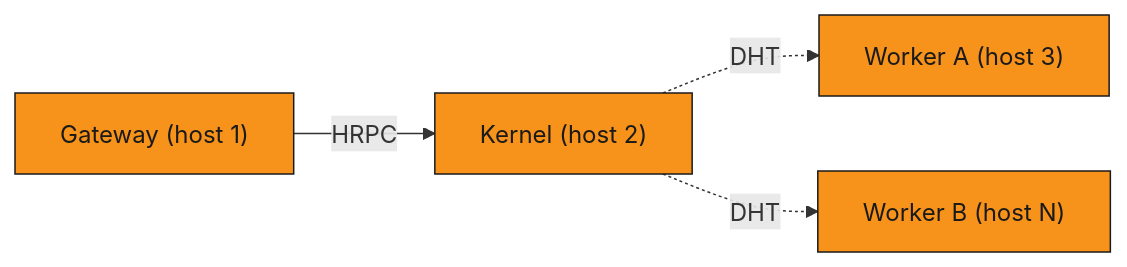
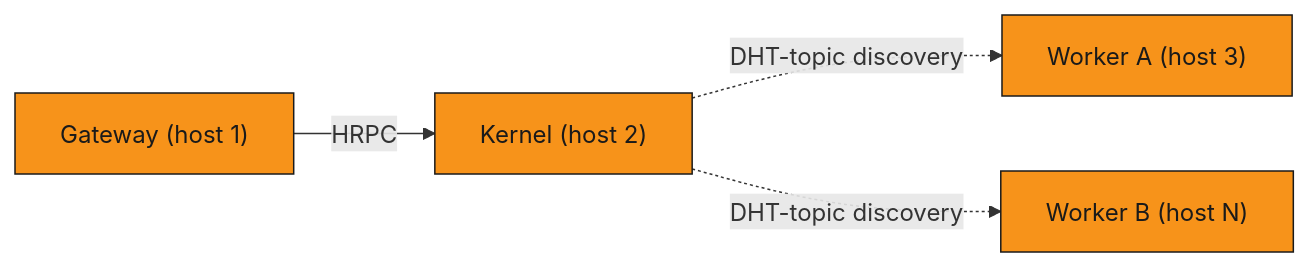
Before and after one commit to tekwani/mdk: the third of 3 diagrams in docs/concepts/deployment-topologies.md, drawn with Mermaid. The commit also changed other lines of this file and 2410 other files, not shown here.

````diff
--- a/docs/concepts/deployment-topologies.md
+++ b/docs/concepts/deployment-topologies.md
@@ -60,7 +86,7 @@
 ```mermaid
 flowchart LR
   classDef mdk fill:#F7931A,stroke:#1A1A1A,color:#1A1A1A
   mApp["Gateway (host 1)"]:::mdk -->|"HRPC"| mKernel["Kernel (host 2)"]:::mdk
-  mKernel -.->|"DHT"| mW1["Worker A (host 3)"]:::mdk
-  mKernel -.->|"DHT"| mW2["Worker B (host N)"]:::mdk
+  mKernel -.->|"DHT-topic discovery"| mW1["Worker A (host 3)"]:::mdk
+  mKernel -.->|"DHT-topic discovery"| mW2["Worker B (host N)"]:::mdk
 ```
````
